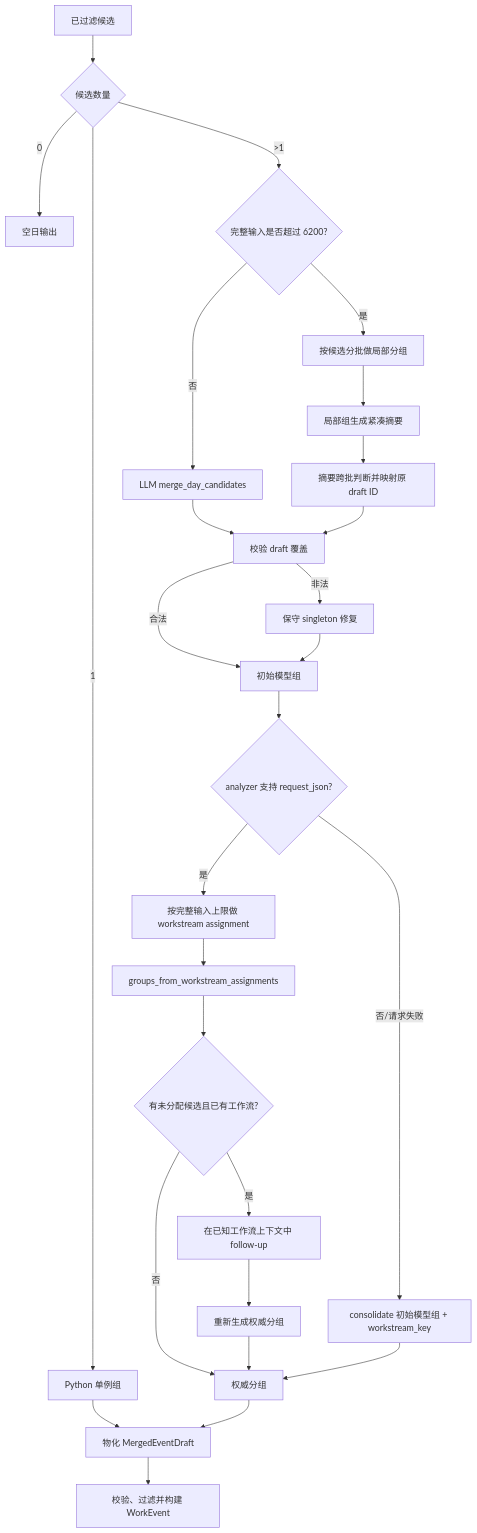
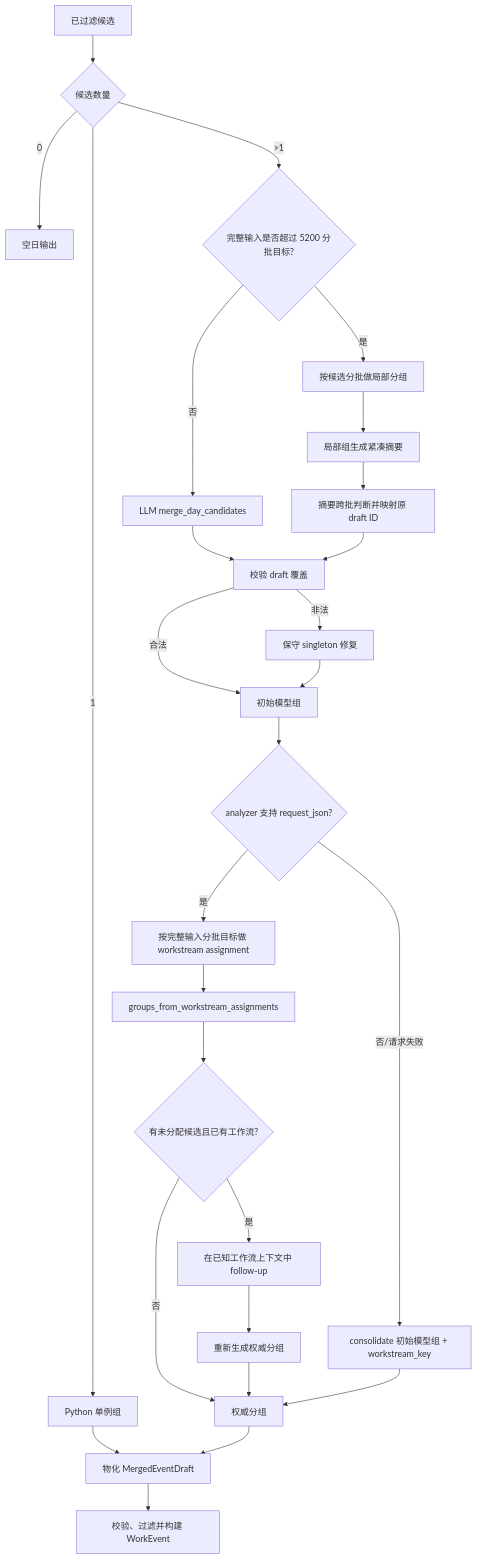
Before and after one commit to sunweisheng/WorkTrace: the diagram in docs/cross-conversation-merge-design.md, drawn with Mermaid. The commit also changed other lines of this file and 36 other files, not shown here.

````diff
--- a/docs/cross-conversation-merge-design.md
+++ b/docs/cross-conversation-merge-design.md
@@ -36,29 +36,29 @@
 ```mermaid
 flowchart TD
     A["已过滤候选"] --> B{"候选数量"}
     B -->|"0"| C["空日输出"]
     B -->|"1"| D["Python 单例组"]
-    B -->|">1"| E{"完整输入是否超过 6200?"}
+    B -->|">1"| E{"完整输入是否超过 5200 分批目标?"}
     E -->|"否"| F0["LLM merge_day_candidates"]
     E -->|"是"| E1["按候选分批做局部分组"]
     E1 --> E2["局部组生成紧凑摘要"]
     E2 --> E3["摘要跨批判断并映射原 draft ID"]
     F0 --> F["校验 draft 覆盖"]
     E3 --> F
     F -->|"非法"| G["保守 singleton 修复"]
     F -->|"合法"| H["初始模型组"]
     G --> H
     H --> I{"analyzer 支持 request_json?"}
-    I -->|"是"| J["按完整输入上限做 workstream assignment"]
+    I -->|"是"| J["按完整输入分批目标做 workstream assignment"]
     J --> K["groups_from_workstream_assignments"]
     K --> L{"有未分配候选且已有工作流?"}
     L -->|"是"| M["在已知工作流上下文中 follow-up"]
     M --> N["重新生成权威分组"]
     L -->|"否"| O["权威分组"]
     N --> O
     I -->|"否/请求失败"| P["consolidate 初始模型组 + workstream_key"]
     P --> O
     D --> Q["物化 MergedEventDraft"]
     O --> Q
     Q --> R["校验、过滤并构建 WorkEvent"]
 ```
````
